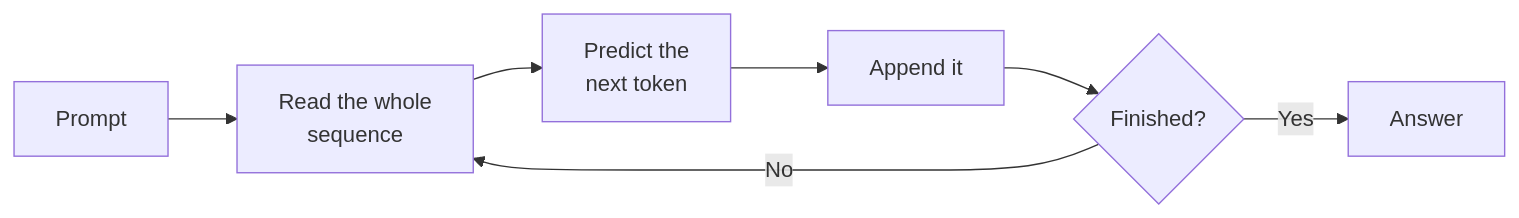
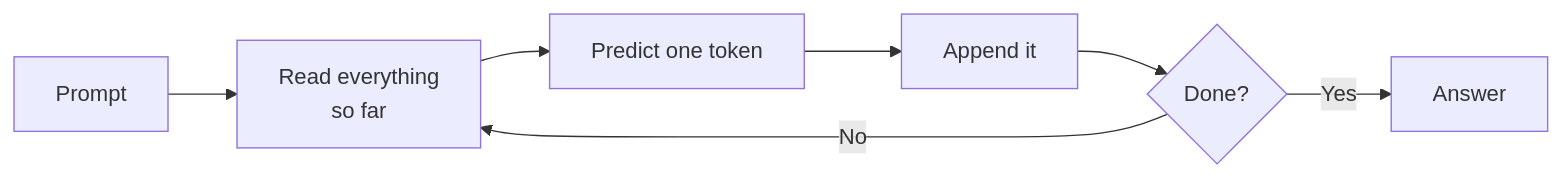
Before and after one commit to kamil-kielbasa/ai-infrastructure-book: the diagram in book/01-what-a-model-is.md, drawn with Mermaid. The commit also changed 15 other files, not shown here.

Commit message:
fix: pin mermaid and mathjax to working majors, trim part V

````diff
--- a/book/01-what-a-model-is.md
+++ b/book/01-what-a-model-is.md
@@ -65,9 +65,9 @@
 ```mermaid
 flowchart LR
-    A[Prompt] --> B[Read the whole<br/>sequence]
-    B --> C[Predict the<br/>next token]
+    A[Prompt] --> B[Read everything<br/>so far]
+    B --> C[Predict one token]
     C --> D[Append it]
-    D --> E{Finished?}
+    D --> E{Done?}
     E -->|No| B
     E -->|Yes| F[Answer]
 ```
````
